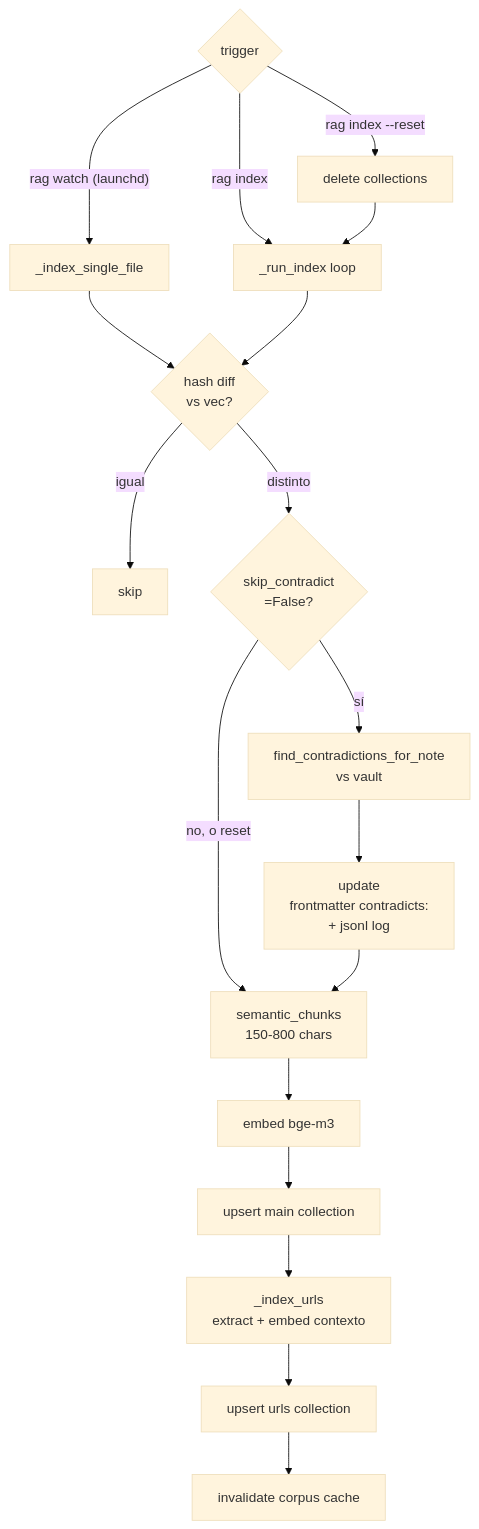
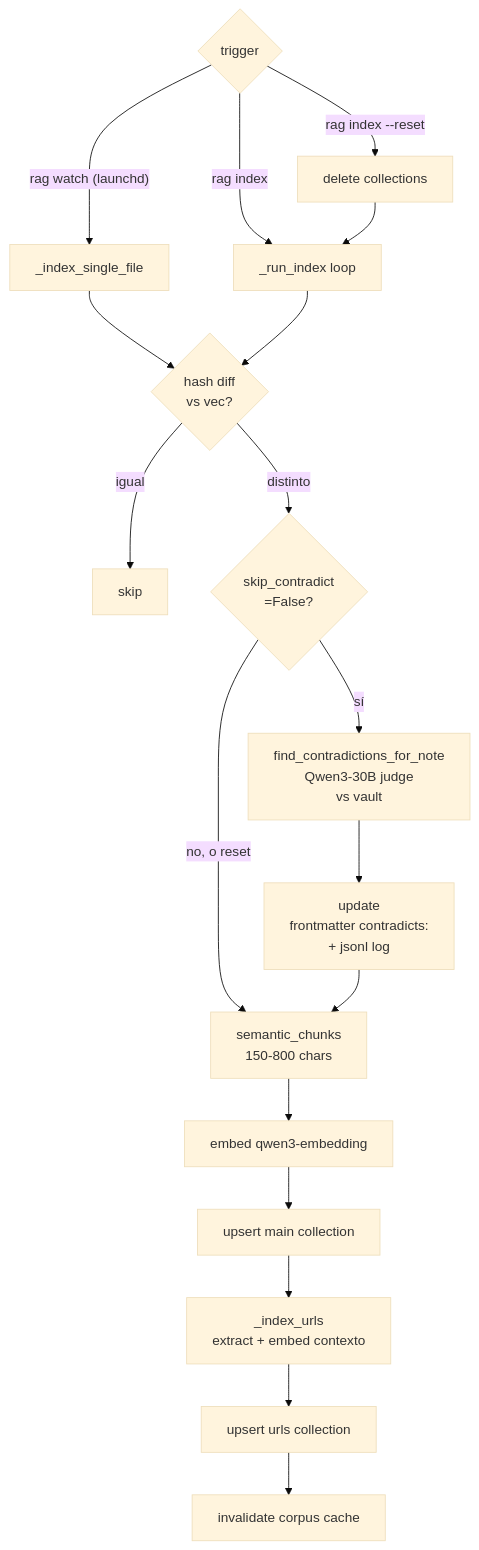
One commit to jagoff/rag-obsidian changed the third of 5 diagrams in README.md. Above: the diagram before and after it, drawn with Mermaid (base theme). The commit also changed other lines of this file and 22 other files, not shown here.

````diff
--- a/README.md
+++ b/README.md
@@ -237,20 +267,20 @@
 ```mermaid
 flowchart TD
     Trig{trigger}
     Trig -->|"rag watch (launchd)"| Single[_index_single_file]
     Trig -->|"rag index"| Bulk[_run_index loop]
     Trig -->|"rag index --reset"| Drop[delete collections] --> Bulk
 
     Single --> Hash{hash diff<br/>vs vec?}
     Bulk --> Hash
     Hash -->|igual| Skip[skip]
     Hash -->|distinto| ContrCheck{skip_contradict<br/>=False?}
-    ContrCheck -->|sí| Contr[find_contradictions_for_note<br/>vs vault] --> WriteFM[update<br/>frontmatter contradicts:<br/>+ jsonl log]
+    ContrCheck -->|sí| Contr[find_contradictions_for_note<br/>Qwen3-30B judge<br/>vs vault] --> WriteFM[update<br/>frontmatter contradicts:<br/>+ jsonl log]
     ContrCheck -->|no, o reset| Chunks
     WriteFM --> Chunks[semantic_chunks<br/>150-800 chars]
-    Chunks --> EmbedC[embed bge-m3]
+    Chunks --> EmbedC[embed qwen3-embedding]
     EmbedC --> Upsert[upsert main collection]
     Upsert --> URLs[_index_urls<br/>extract + embed contexto]
     URLs --> URLUpsert[upsert urls collection]
     URLUpsert --> Cache[invalidate corpus cache]
 ```
````
